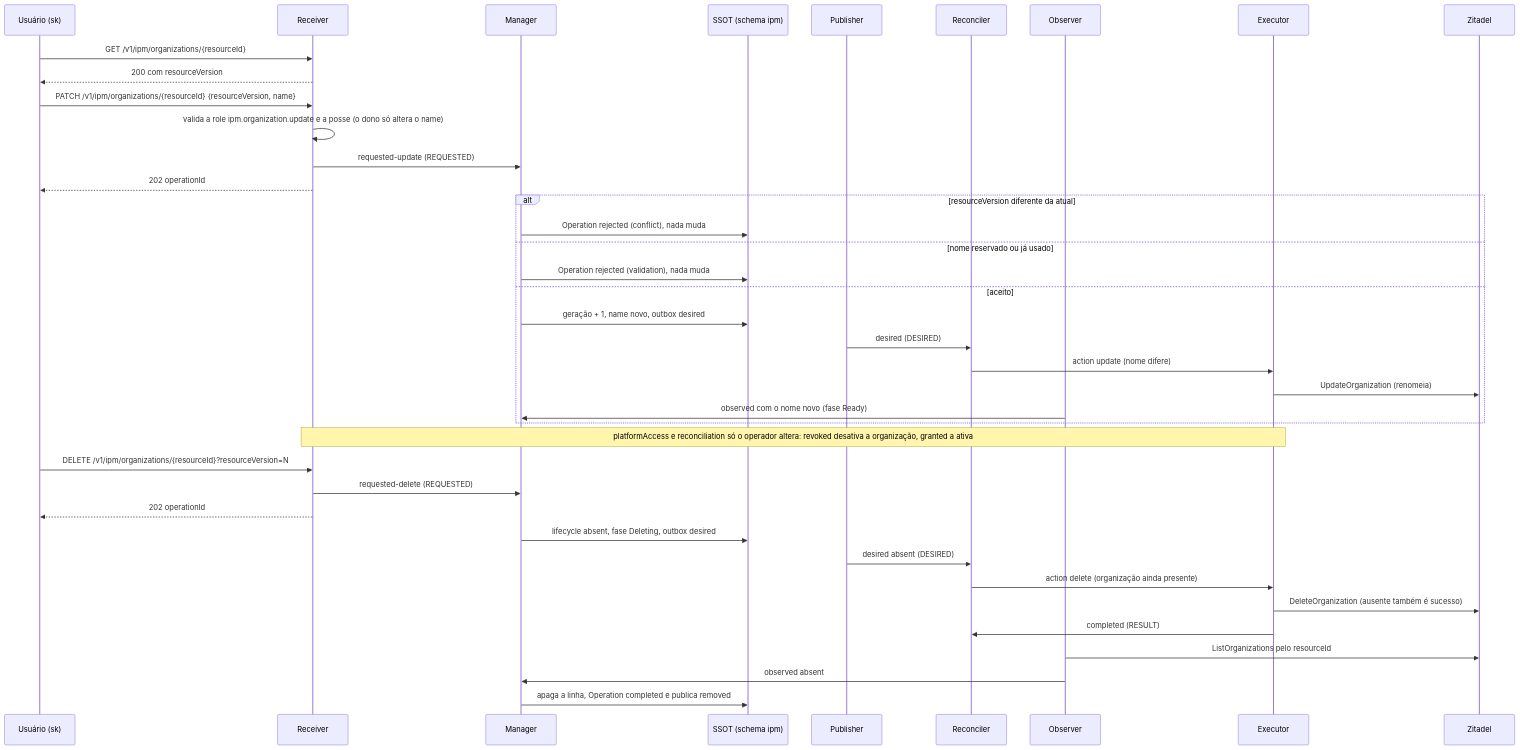
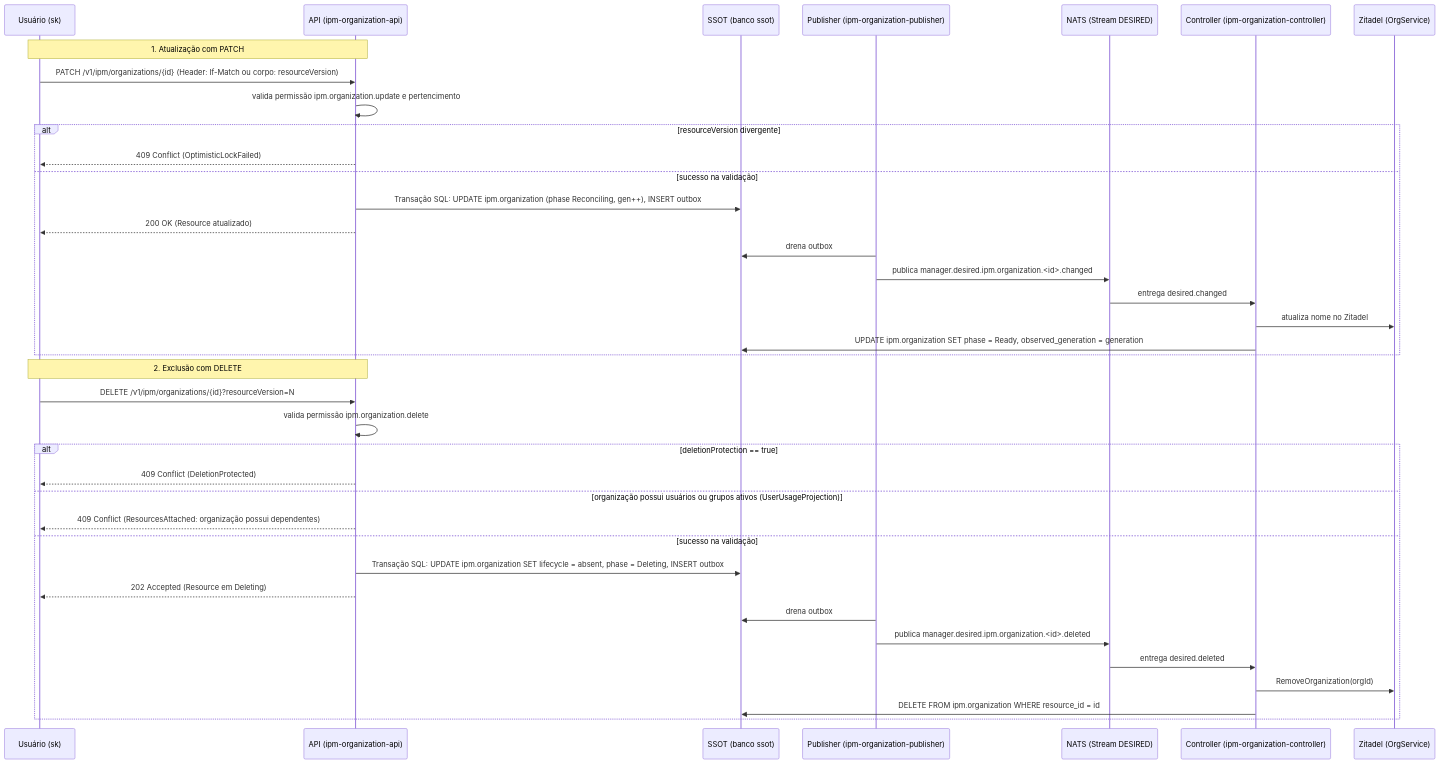
The diagram in features/ipm/organization/docs/flow/03-atualizar-e-remover.mmd (danielsabatini/smarkee), drawn with Mermaid before and after one commit. The commit also changed 86 other files, not shown here.

Commit message:
docs(ipm): atualiza diagramas e fluxo de dados de organization, permission, user e serviceaccount

```diff
--- a/features/ipm/organization/docs/flow/03-atualizar-e-remover.mmd
+++ b/features/ipm/organization/docs/flow/03-atualizar-e-remover.mmd
@@ -1,39 +1,40 @@
 sequenceDiagram
   participant U as Usuário (sk)
-  participant R as Receiver
-  participant M as Manager
-  participant DB as SSOT (schema ipm)
-  participant P as Publisher
-  participant REC as Reconciler
-  participant OB as Observer
-  participant EX as Executor
-  participant Z as Zitadel
-  U->>R: GET /v1/ipm/organizations/{resourceId}
-  R-->>U: 200 com resourceVersion
-  U->>R: PATCH /v1/ipm/organizations/{resourceId} {resourceVersion, name}
-  R->>R: valida a role ipm.organization.update e a posse (o dono só altera o name)
-  R->>M: requested-update (REQUESTED)
-  R-->>U: 202 operationId
-  alt resourceVersion diferente da atual
-    M->>DB: Operation rejected (conflict), nada muda
-  else nome reservado ou já usado
-    M->>DB: Operation rejected (validation), nada muda
-  else aceito
-    M->>DB: geração + 1, name novo, outbox desired
-    P->>REC: desired (DESIRED)
-    REC->>EX: action update (nome difere)
-    EX->>Z: UpdateOrganization (renomeia)
-    OB->>M: observed com o nome novo (fase Ready)
+  participant API as API (ipm-organization-api)
+  participant DB as SSOT (banco ssot)
+  participant P as Publisher (ipm-organization-publisher)
+  participant NATS as NATS (Stream DESIRED)
+  participant CTRL as Controller (ipm-organization-controller)
+  participant ZIT as Zitadel (OrgService)
+
+  Note over U,API: 1. Atualização com PATCH
+  U->>API: PATCH /v1/ipm/organizations/{id} (Header: If-Match ou corpo: resourceVersion)
+  API->>API: valida permissão ipm.organization.update e pertencimento
+  alt resourceVersion divergente
+    API-->>U: 409 Conflict (OptimisticLockFailed)
+  else sucesso na validação
+    API->>DB: Transação SQL: UPDATE ipm.organization (phase Reconciling, gen++), INSERT outbox
+    API-->>U: 200 OK (Resource atualizado)
+    P->>DB: drena outbox
+    P->>NATS: publica manager.desired.ipm.organization.<id>.changed
+    NATS->>CTRL: entrega desired.changed
+    CTRL->>ZIT: atualiza nome no Zitadel
+    CTRL->>DB: UPDATE ipm.organization SET phase = Ready, observed_generation = generation
   end
-  Note over R,EX: platformAccess e reconciliation só o operador altera: revoked desativa a organização, granted a ativa
-  U->>R: DELETE /v1/ipm/organizations/{resourceId}?resourceVersion=N
-  R->>M: requested-delete (REQUESTED)
-  R-->>U: 202 operationId
-  M->>DB: lifecycle absent, fase Deleting, outbox desired
-  P->>REC: desired absent (DESIRED)
-  REC->>EX: action delete (organização ainda presente)
-  EX->>Z: DeleteOrganization (ausente também é sucesso)
-  EX->>REC: completed (RESULT)
-  OB->>Z: ListOrganizations pelo resourceId
-  OB->>M: observed absent
-  M->>DB: apaga a linha, Operation completed e publica removed
+
+  Note over U,API: 2. Exclusão com DELETE
+  U->>API: DELETE /v1/ipm/organizations/{id}?resourceVersion=N
+  API->>API: valida permissão ipm.organization.delete
+  alt deletionProtection == true
+    API-->>U: 409 Conflict (DeletionProtected)
+  else organização possui usuários ou grupos ativos (UserUsageProjection)
+    API-->>U: 409 Conflict (ResourcesAttached: organização possui dependentes)
+  else sucesso na validação
+    API->>DB: Transação SQL: UPDATE ipm.organization SET lifecycle = absent, phase = Deleting, INSERT outbox
+    API-->>U: 202 Accepted (Resource em Deleting)
+    P->>DB: drena outbox
+    P->>NATS: publica manager.desired.ipm.organization.<id>.deleted
+    NATS->>CTRL: entrega desired.deleted
+    CTRL->>ZIT: RemoveOrganization(orgId)
+    CTRL->>DB: DELETE FROM ipm.organization WHERE resource_id = id
+  end
```
